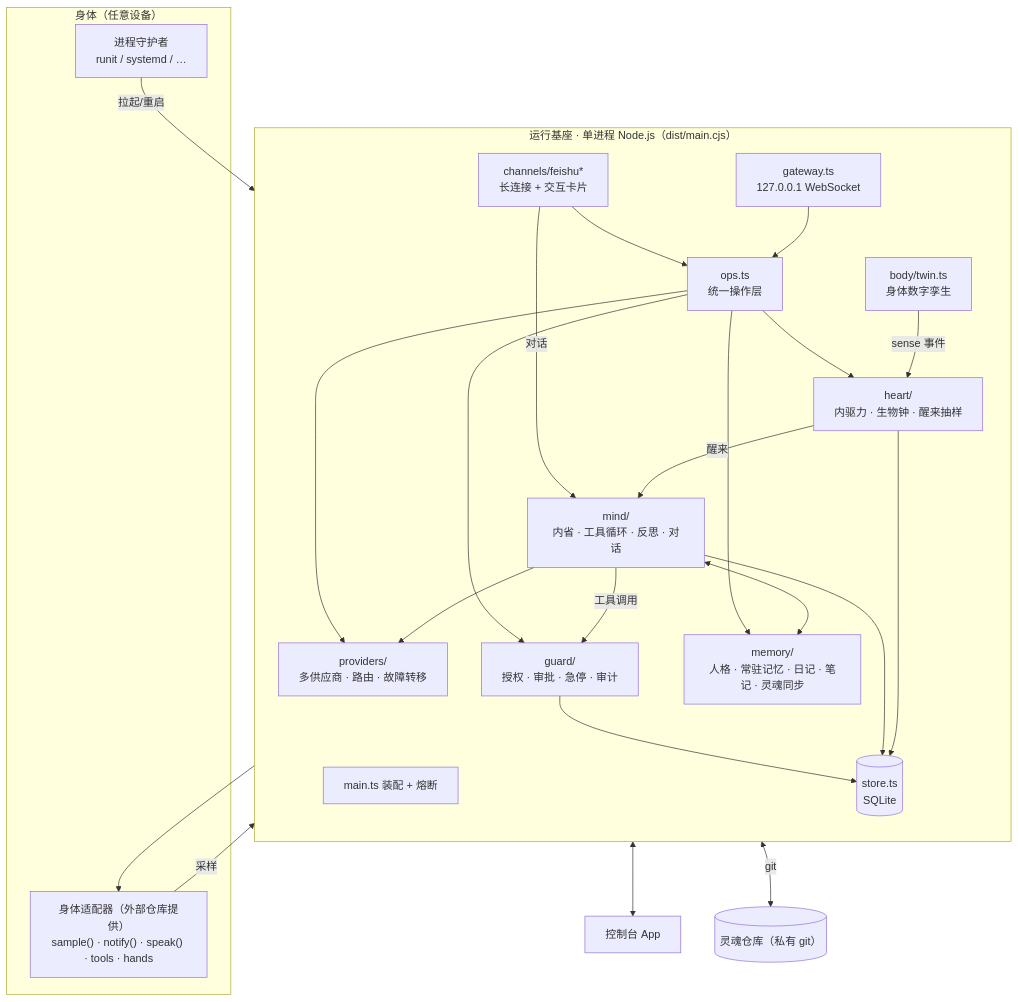
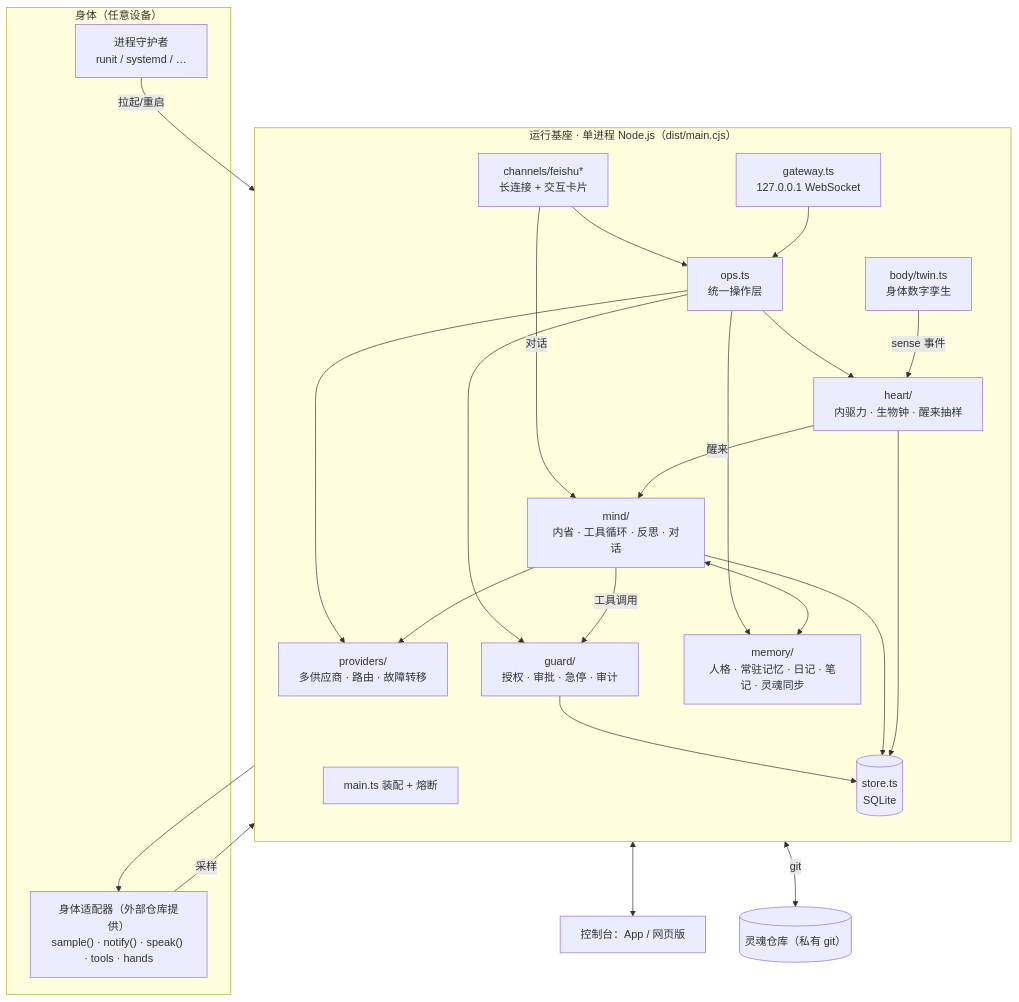
One commit to Causally-XYZ/Project.Quetzal changed the first of 9 diagrams in docs/ARCHITECTURE.md. Above: the diagram before and after it, drawn with Mermaid. The commit also changed 30 other files, not shown here.

````diff
--- a/docs/ARCHITECTURE.md
+++ b/docs/ARCHITECTURE.md
@@ -7,35 +7,35 @@
 ```mermaid
 flowchart TB
   subgraph Host["身体（任意设备）"]
     AD["身体适配器（外部仓库提供）<br/>sample() · notify() · speak() · tools · hands"]
     SUP["进程守护者<br/>runit / systemd / …"]
   end
   subgraph Core["运行基座 · 单进程 Node.js（dist/main.cjs）"]
     direction TB
     MAIN["main.ts 装配 + 熔断"]
     TWIN["body/twin.ts<br/>身体数字孪生"]
     HEART["heart/<br/>内驱力 · 生物钟 · 醒来抽样"]
     BRAIN["mind/<br/>内省 · 工具循环 · 反思 · 对话"]
     MEM["memory/<br/>人格 · 常驻记忆 · 日记 · 笔记 · 灵魂同步"]
     PROV["providers/<br/>多供应商 · 路由 · 故障转移"]
     GUARD["guard/<br/>授权 · 审批 · 急停 · 审计"]
     OPS["ops.ts<br/>统一操作层"]
     GW["gateway.ts<br/>127.0.0.1 WebSocket"]
     FS["channels/feishu*<br/>长连接 + 交互卡片"]
     STORE[("store.ts<br/>SQLite")]
   end
   SUP -- 拉起/重启 --> MAIN
   AD -- 采样 --> TWIN
   TWIN -- sense 事件 --> HEART
   HEART -- 醒来 --> BRAIN
   BRAIN --> PROV
   BRAIN -- 工具调用 --> GUARD --> AD
   BRAIN <--> MEM
   OPS --> HEART & GUARD & MEM & PROV
   GW --> OPS
   FS --> OPS
   FS -- 对话 --> BRAIN
-  GW <--> APP["控制台 App"]
+  GW <--> APP["控制台：App / 网页版"]
   MEM <-- git --> SOUL[("灵魂仓库（私有 git）")]
   HEART & BRAIN & GUARD --> STORE
 ```
````
